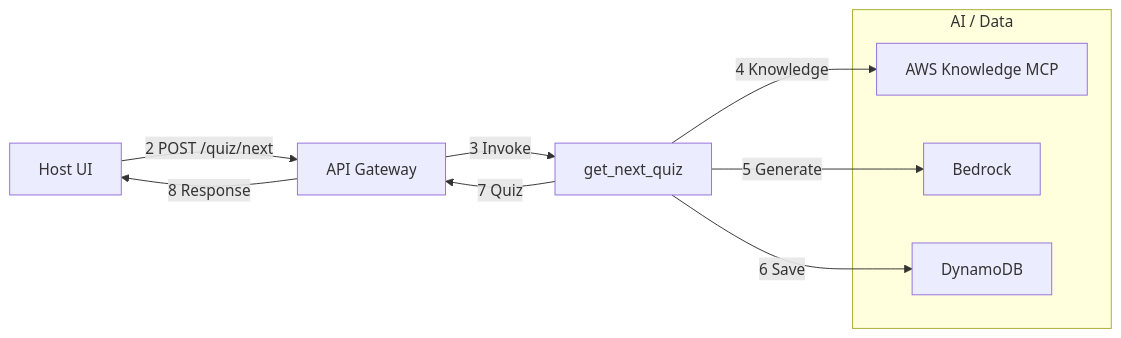
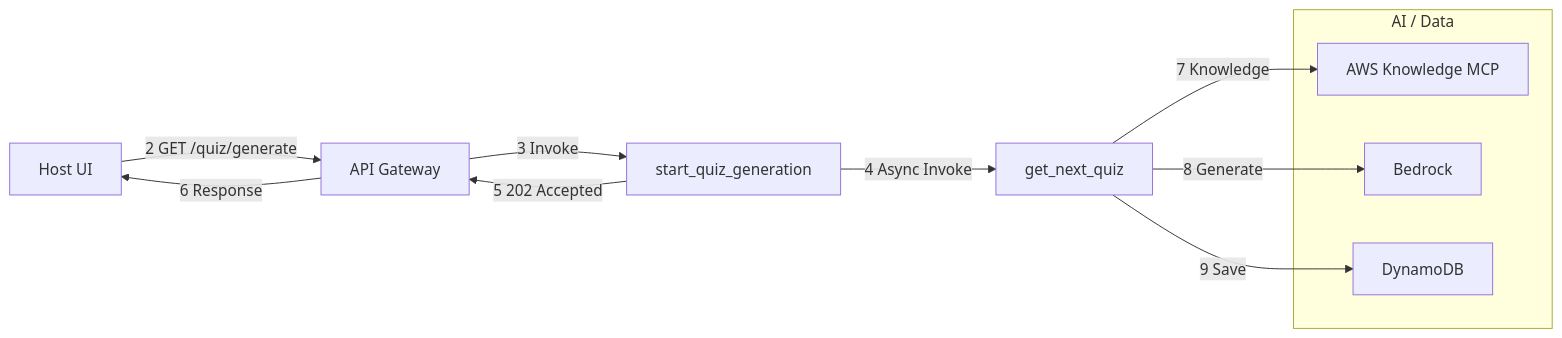
One commit to hatanoyoshihiko/aws_knowledge_quiz changed the second of 6 diagrams in README.md. Above: the diagram before and after it, drawn with Mermaid. The commit also changed other lines of this file, not shown here.

Commit message:
start_quiz_generationの追加が反映されていなかったため修正

````diff
--- a/README.md
+++ b/README.md
@@ -320,17 +320,18 @@
 ```mermaid
 flowchart LR
-  FEH[Host UI] -->|2 POST /quiz/next| GW[API Gateway]
-  GW -->|3 Invoke| NQ[get_next_quiz]
+  FEH[Host UI] -->|2 GET /quiz/generate| GW[API Gateway]
+  GW -->|3 Invoke| SQG[start_quiz_generation]
+  SQG -->|4 Async Invoke| NQ[get_next_quiz]
+  SQG -->|5 202 Accepted| GW
+  GW -->|6 Response| FEH
 
   subgraph Core["AI / Data"]
     MCP[AWS Knowledge MCP]
     BR[Bedrock]
     DDB[DynamoDB]
   end
 
-  NQ -->|4 Knowledge| MCP
-  NQ -->|5 Generate| BR
-  NQ -->|6 Save| DDB
-  NQ -->|7 Quiz| GW
-  GW -->|8 Response| FEH
+  NQ -->|7 Knowledge| MCP
+  NQ -->|8 Generate| BR
+  NQ -->|9 Save| DDB
 ```
````
